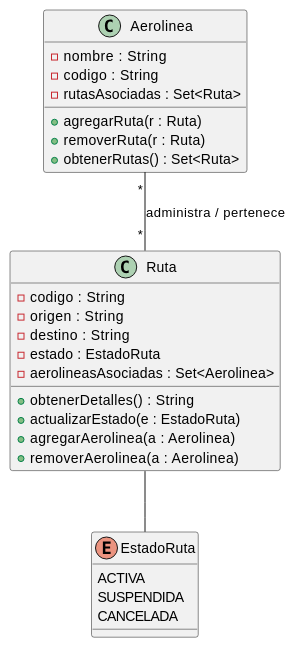
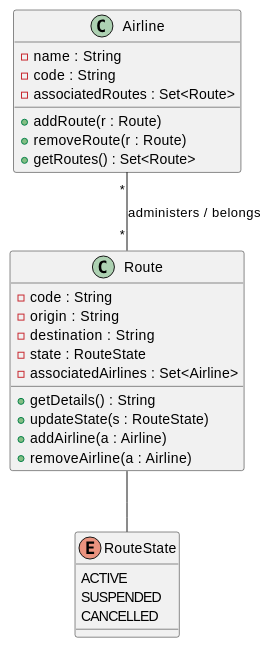
Before and after one commit to jcg-admin/IACT-docs: the diagram in source/requisitos/_metodologia-aplicacion/relaciones-uml/diagrama-uml.rst, drawn with PlantUML. The commit also changed 16 other files, not shown here.

```diff
--- a/source/requisitos/_metodologia-aplicacion/relaciones-uml/diagrama-uml.rst
+++ b/source/requisitos/_metodologia-aplicacion/relaciones-uml/diagrama-uml.rst
@@ -4,34 +4,34 @@
 .. uml::
 
    @startuml
 
-   class Aerolinea {
-     - nombre : String
-     - codigo : String
-     - rutasAsociadas : Set<Ruta>
-     + agregarRuta(r : Ruta)
-     + removerRuta(r : Ruta)
-     + obtenerRutas() : Set<Ruta>
+   class Airline {
+     - name : String
+     - code : String
+     - associatedRoutes : Set<Route>
+     + addRoute(r : Route)
+     + removeRoute(r : Route)
+     + getRoutes() : Set<Route>
    }
 
-   class Ruta {
-     - codigo : String
-     - origen : String
-     - destino : String
-     - estado : EstadoRuta
-     - aerolineasAsociadas : Set<Aerolinea>
-     + obtenerDetalles() : String
-     + actualizarEstado(e : EstadoRuta)
-     + agregarAerolinea(a : Aerolinea)
-     + removerAerolinea(a : Aerolinea)
+   class Route {
+     - code : String
+     - origin : String
+     - destination : String
+     - state : RouteState
+     - associatedAirlines : Set<Airline>
+     + getDetails() : String
+     + updateState(s : RouteState)
+     + addAirline(a : Airline)
+     + removeAirline(a : Airline)
    }
 
-   enum EstadoRuta {
-     ACTIVA
-     SUSPENDIDA
-     CANCELADA
+   enum RouteState {
+     ACTIVE
+     SUSPENDED
+     CANCELLED
    }
 
-   Aerolinea "*" -- "*" Ruta : administra / pertenece
-   Ruta -- EstadoRuta
+   Airline "*" -- "*" Route : administers / belongs
+   Route -- RouteState
    @enduml
```
